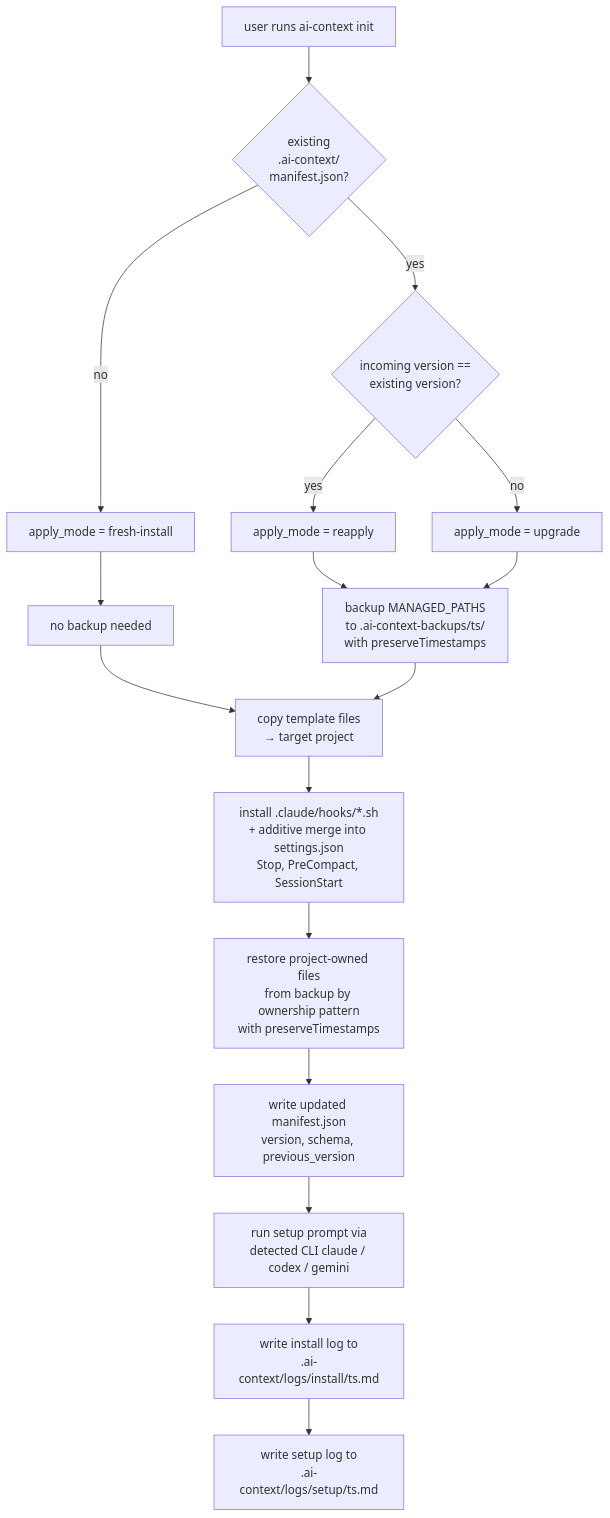
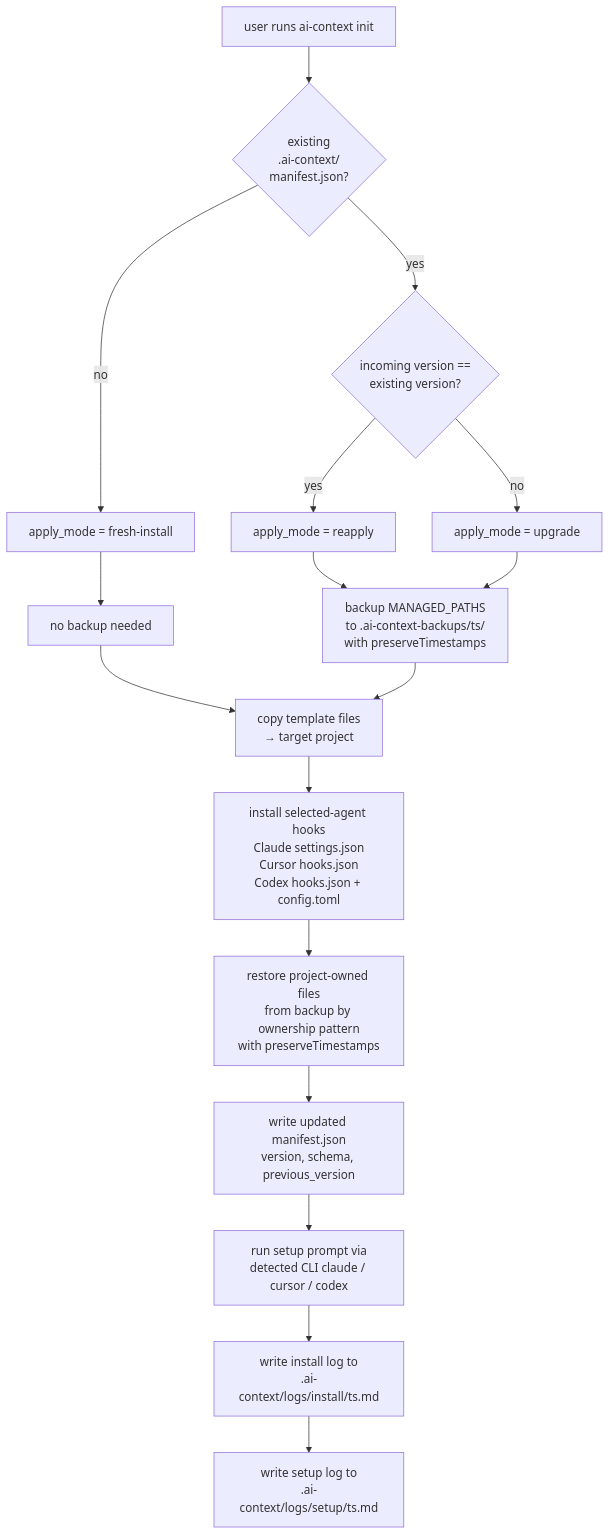
Before and after one commit to dkothule/ai-context: the second of 6 diagrams in docs/ARCHITECTURE.md, drawn with Mermaid. The commit also changed other lines of this file and 93 other files, not shown here.

First line of the commit message:
feat: v1.2.0 — Codex & Cursor CLI execution + session-hook parity (#9)

````diff
--- a/docs/ARCHITECTURE.md
+++ b/docs/ARCHITECTURE.md
@@ -59,22 +58,22 @@
 ```mermaid
 flowchart TD
   A[user runs ai-context init] --> B{existing<br/>.ai-context/<br/>manifest.json?}
   B -->|no| C[apply_mode = fresh-install]
   B -->|yes| D{incoming version ==<br/>existing version?}
   D -->|yes| E[apply_mode = reapply]
   D -->|no| F[apply_mode = upgrade]
 
   C --> G[no backup needed]
   E --> H
   F --> H[backup MANAGED_PATHS<br/>to .ai-context-backups/ts/<br/>with preserveTimestamps]
 
   G --> I[copy template files<br/>→ target project]
   H --> I
 
-  I --> J[install .claude/hooks/*.sh<br/>+ additive merge into settings.json<br/>Stop, PreCompact, SessionStart]
+  I --> J[install selected-agent hooks<br/>Claude settings.json<br/>Cursor hooks.json<br/>Codex hooks.json + config.toml]
   J --> K[restore project-owned files<br/>from backup by ownership pattern<br/>with preserveTimestamps]
   K --> L[write updated manifest.json<br/>version, schema, previous_version]
-  L --> M[run setup prompt via<br/>detected CLI claude / codex / gemini]
+  L --> M[run setup prompt via<br/>detected CLI claude / cursor / codex]
   M --> N[write install log to<br/>.ai-context/logs/install/ts.md]
   N --> O[write setup log to<br/>.ai-context/logs/setup/ts.md]
 ```
````
